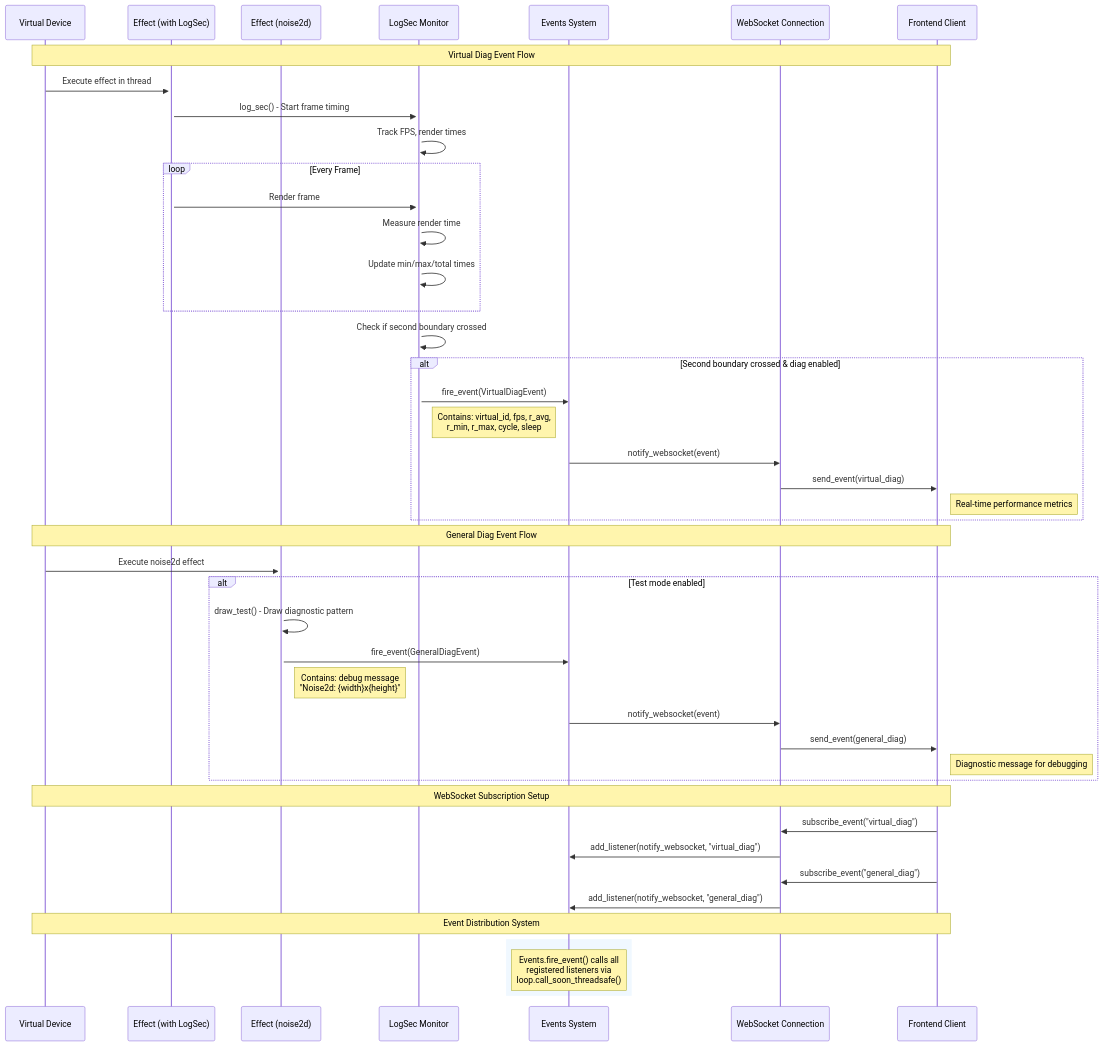
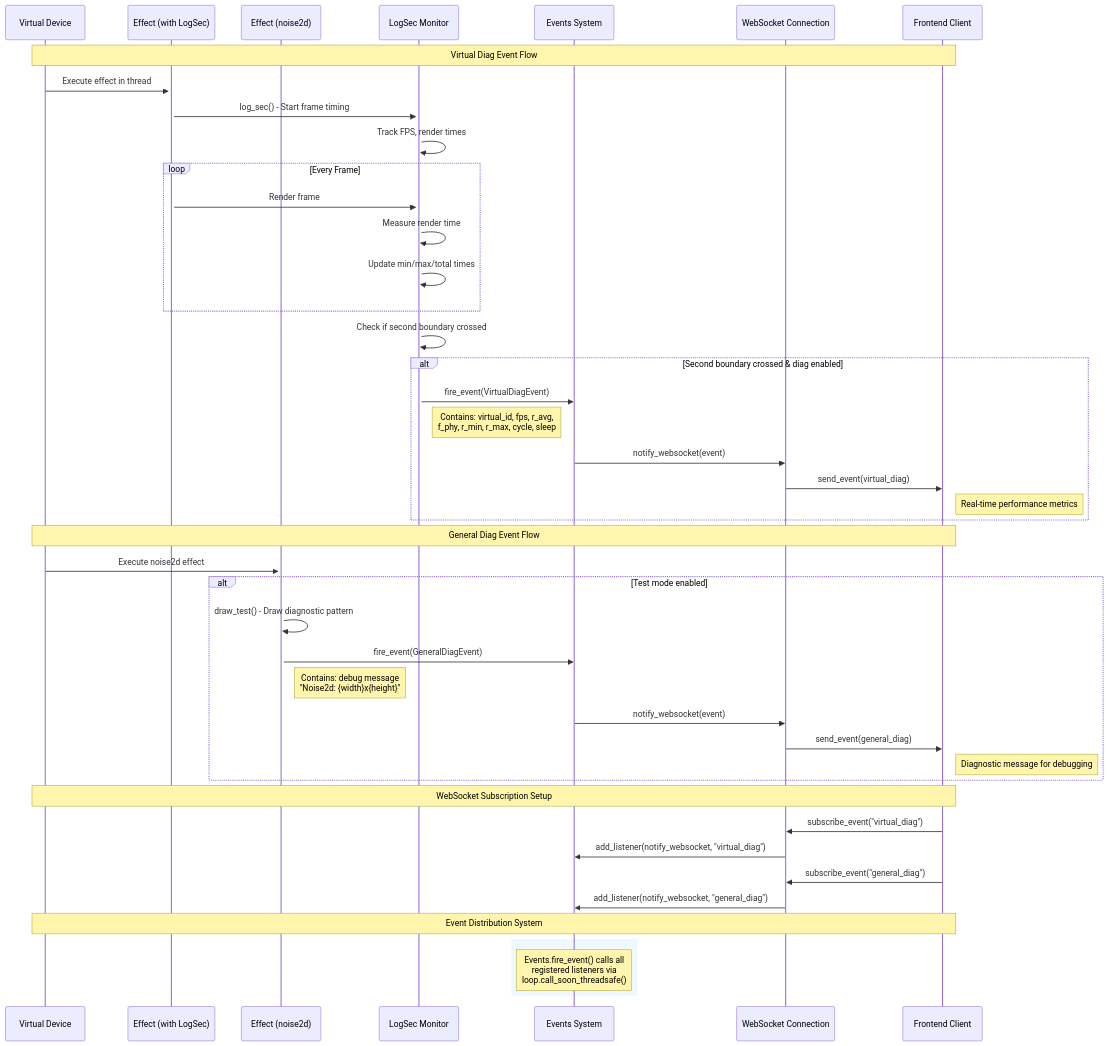
The second of 2 diagrams in docs/websocket.md (LedFx/LedFx), drawn with Mermaid before and after one commit. The commit also changed other lines of this file, not shown here.

Commit message:
added f_phy to docs

````diff
--- a/docs/websocket.md
+++ b/docs/websocket.md
@@ -160,57 +160,57 @@
 ```{mermaid}
   sequenceDiagram
     participant V as Virtual Device
     participant E as Effect (with LogSec)
     participant E2 as Effect (noise2d)
     participant LS as LogSec Monitor
     participant ES as Events System
     participant WS as WebSocket Connection
     participant FE as Frontend Client
 
     Note over V,FE: Virtual Diag Event Flow
 
     V->>+E: Execute effect in thread
     E->>+LS: log_sec() - Start frame timing
     LS->>LS: Track FPS, render times
 
     loop Every Frame
         E->>LS: Render frame
         LS->>LS: Measure render time
         LS->>LS: Update min/max/total times
     end
 
     LS->>LS: Check if second boundary crossed
     alt Second boundary crossed & diag enabled
         LS->>ES: fire_event(VirtualDiagEvent)
-        Note right of LS: Contains: virtual_id, fps, r_avg,<br/>r_min, r_max, cycle, sleep
+        Note right of LS: Contains: virtual_id, fps, r_avg, <br/>f_phy, r_min, r_max, cycle, sleep
         ES->>WS: notify_websocket(event)
         WS->>FE: send_event(virtual_diag)
         Note right of FE: Real-time performance metrics
     end
 
     Note over V,FE: General Diag Event Flow
 
     V->>+E2: Execute noise2d effect
     alt Test mode enabled
         E2->>E2: draw_test() - Draw diagnostic pattern
         E2->>ES: fire_event(GeneralDiagEvent)
         Note right of E2: Contains: debug message<br/>"Noise2d: {width}x{height}"
         ES->>WS: notify_websocket(event)
         WS->>FE: send_event(general_diag)
         Note right of FE: Diagnostic message for debugging
     end
 
     Note over V,FE: WebSocket Subscription Setup
 
     FE->>WS: subscribe_event("virtual_diag")
     WS->>ES: add_listener(notify_websocket, "virtual_diag")
 
     FE->>WS: subscribe_event("general_diag")
     WS->>ES: add_listener(notify_websocket, "general_diag")
 
     Note over V,FE: Event Distribution System
 
     rect rgb(240, 248, 255)
         Note over ES: Events.fire_event() calls all<br/>registered listeners via<br/>loop.call_soon_threadsafe()
     end
 ```
````
